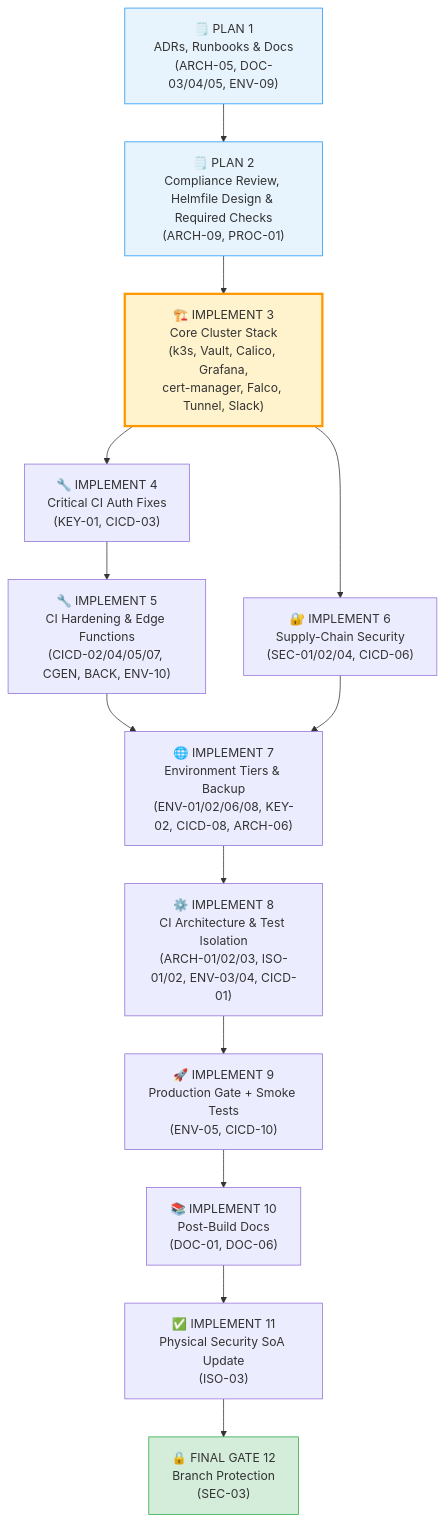
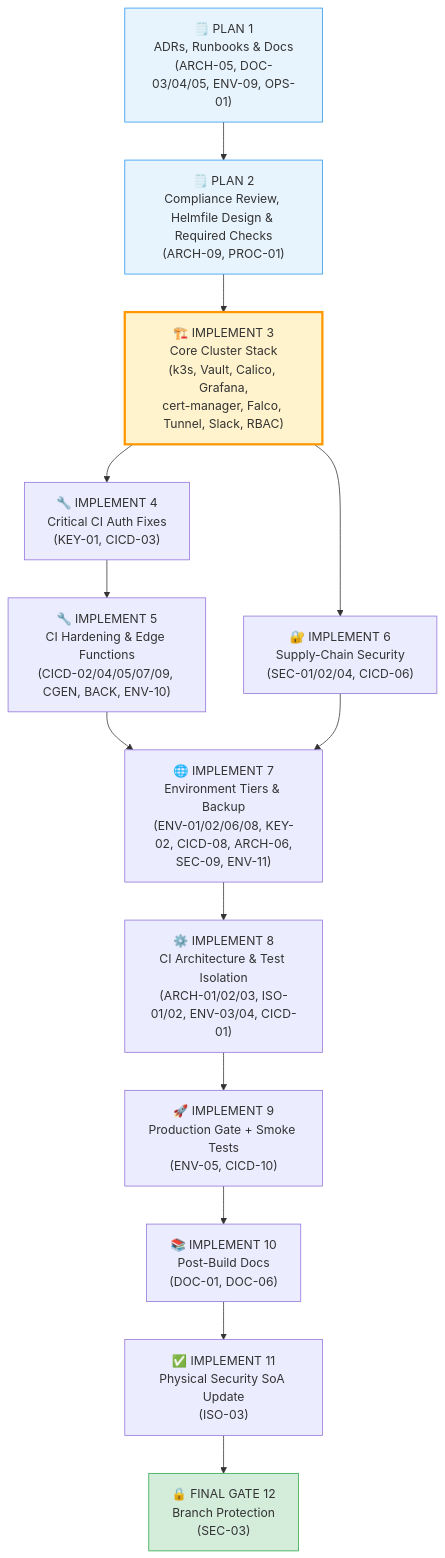
Before and after one commit to dm-ra-01/doco-common-bond: the first of 3 diagrams in docs/audits/260312-cicd-environments/audit.md, drawn with Mermaid. The commit also changed other lines of this file and 1 other file, not shown here.

Commit message:
audit(260312-cicd-environments): Docusaurus compatibility fixes
audit.md:
- Replace all \n with <br/> in mermaid node labels (flowchart TD,
  graph TB subgraph nodes, flowchart LR) — literal \n is not rendered
  as line-break by Docusaurus mermaid
- Update flowchart TD node labels to include Round 7/8 finding IDs
  (OPS-01 in P1, SEC-08/CICD-09 in P3/P5, SEC-09/ENV-11 in P7)
- Admonitions (:::danger/:::info/:::caution/:::tip) already correct

recommendations.md:
- Convert > [!NOTE] GitHub-style alert -> Docusaurus :::note admonition
- Update stale implementation phase table to reflect current 12-phase
  structure with all Round 7/8 finding IDs (PROC-01 to P2, OPS-01 to P1,
  SEC-08 to P3, CICD-09 to P5, SEC-09/ENV-11 to P7, CICD-10 to P9,
  ISO-03 alone in P11)
- Add 6 missing severity table rows: SEC-08, OPS-01, SEC-09, ENV-11,
  CICD-09, CICD-10
- Fix DOC-01 description to reflect Vault OSS (not Bitwarden/Doppler)

````diff
--- a/docs/audits/260312-cicd-environments/audit.md
+++ b/docs/audits/260312-cicd-environments/audit.md
@@ -309,21 +309,21 @@
 ```mermaid
 flowchart TD
-  P1["🗒️ PLAN 1\nADRs, Runbooks & Docs\n(ARCH-05, DOC-03/04/05, ENV-09)"] --> P2
-  P2["🗒️ PLAN 2\nCompliance Review, Helmfile Design & Required Checks\n(ARCH-09, PROC-01)"] --> P3
-  P3["🏗️ IMPLEMENT 3\nCore Cluster Stack\n(k3s, Vault, Calico, Grafana,\ncert-manager, Falco, Tunnel, Slack)"] --> P4
+  P1["🗒️ PLAN 1<br/>ADRs, Runbooks &amp; Docs<br/>(ARCH-05, DOC-03/04/05, ENV-09, OPS-01)"] --> P2
+  P2["🗒️ PLAN 2<br/>Compliance Review, Helmfile Design &amp; Required Checks<br/>(ARCH-09, PROC-01)"] --> P3
+  P3["🏗️ IMPLEMENT 3<br/>Core Cluster Stack<br/>(k3s, Vault, Calico, Grafana,<br/>cert-manager, Falco, Tunnel, Slack, RBAC)"] --> P4
   P3 --> P6
-  P4["🔧 IMPLEMENT 4\nCritical CI Auth Fixes\n(KEY-01, CICD-03)"] --> P5
-  P5["🔧 IMPLEMENT 5\nCI Hardening & Edge Functions\n(CICD-02/04/05/07, CGEN, BACK, ENV-10)"] --> P7
-  P6["🔐 IMPLEMENT 6\nSupply-Chain Security\n(SEC-01/02/04, CICD-06)"] --> P7
-  P7["🌐 IMPLEMENT 7\nEnvironment Tiers & Backup\n(ENV-01/02/06/08, KEY-02, CICD-08, ARCH-06)"] --> P8
-  P8["⚙️ IMPLEMENT 8\nCI Architecture & Test Isolation\n(ARCH-01/02/03, ISO-01/02, ENV-03/04, CICD-01)"] --> P9
-  P9["🚀 IMPLEMENT 9\nProduction Gate + Smoke Tests\n(ENV-05, CICD-10)"] --> P10
-  P10["📚 IMPLEMENT 10\nPost-Build Docs\n(DOC-01, DOC-06)"] --> P11
-  P11["✅ IMPLEMENT 11\nPhysical Security SoA Update\n(ISO-03)"] --> P12
-  P12["🔒 FINAL GATE 12\nBranch Protection\n(SEC-03)"]
+  P4["🔧 IMPLEMENT 4<br/>Critical CI Auth Fixes<br/>(KEY-01, CICD-03)"] --> P5
+  P5["🔧 IMPLEMENT 5<br/>CI Hardening &amp; Edge Functions<br/>(CICD-02/04/05/07/09, CGEN, BACK, ENV-10)"] --> P7
+  P6["🔐 IMPLEMENT 6<br/>Supply-Chain Security<br/>(SEC-01/02/04, CICD-06)"] --> P7
+  P7["🌐 IMPLEMENT 7<br/>Environment Tiers &amp; Backup<br/>(ENV-01/02/06/08, KEY-02, CICD-08, ARCH-06,<br/>SEC-09, ENV-11)"] --> P8
+  P8["⚙️ IMPLEMENT 8<br/>CI Architecture &amp; Test Isolation<br/>(ARCH-01/02/03, ISO-01/02, ENV-03/04, CICD-01)"] --> P9
+  P9["🚀 IMPLEMENT 9<br/>Production Gate + Smoke Tests<br/>(ENV-05, CICD-10)"] --> P10
+  P10["📚 IMPLEMENT 10<br/>Post-Build Docs<br/>(DOC-01, DOC-06)"] --> P11
+  P11["✅ IMPLEMENT 11<br/>Physical Security SoA Update<br/>(ISO-03)"] --> P12
+  P12["🔒 FINAL GATE 12<br/>Branch Protection<br/>(SEC-03)"]
 
   style P1 fill:#e8f4fd,stroke:#2196F3
   style P2 fill:#e8f4fd,stroke:#2196F3
   style P3 fill:#fff3cd,stroke:#FF9800,stroke-width:3px
   style P12 fill:#d4edda,stroke:#28a745
 ```
````
